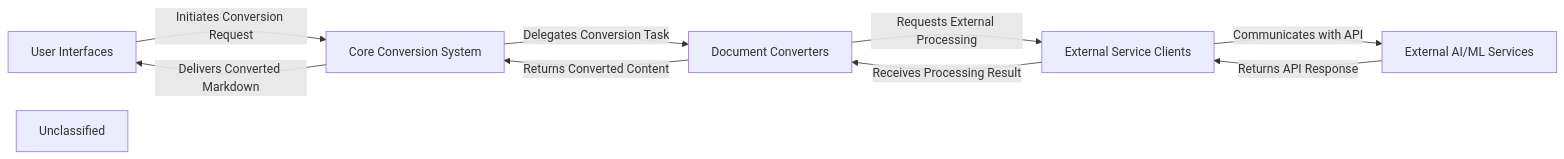
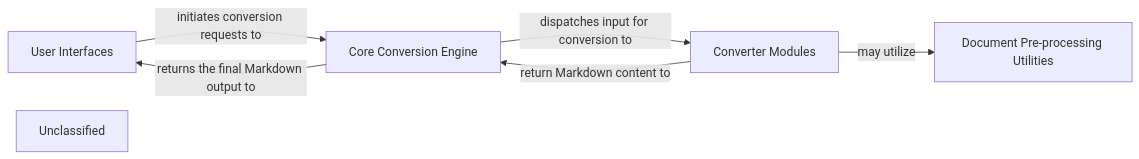
One commit to CodeBoarding/GeneratedOnBoardings changed the diagram in markitdown/on_boarding.md. Above: the diagram before and after it, drawn with Mermaid. The commit also changed other lines of this file and 4 other files, not shown here.

````diff
--- a/markitdown/on_boarding.md
+++ b/markitdown/on_boarding.md
@@ -1,17 +1,17 @@
 ```mermaid
 graph LR
     User_Interfaces["User Interfaces"]
-    Core_Conversion_System["Core Conversion System"]
-    Document_Converters["Document Converters"]
-    External_Service_Clients["External Service Clients"]
-    External_AI_ML_Services["External AI/ML Services"]
+    Core_Conversion_Engine["Core Conversion Engine"]
+    Converter_Modules["Converter Modules"]
+    Document_Pre_processing_Utilities["Document Pre-processing Utilities"]
     Unclassified["Unclassified"]
-    User_Interfaces -- "Initiates Conversion Request" --> Core_Conversion_System
-    Core_Conversion_System -- "Delegates Conversion Task" --> Document_Converters
-    Document_Converters -- "Requests External Processing" --> External_Service_Clients
-    External_Service_Clients -- "Communicates with API" --> External_AI_ML_Services
-    External_AI_ML_Services -- "Returns API Response" --> External_Service_Clients
-    External_Service_Clients -- "Receives Processing Result" --> Document_Converters
-    Document_Converters -- "Returns Converted Content" --> Core_Conversion_System
-    Core_Conversion_System -- "Delivers Converted Markdown" --> User_Interfaces
+    User_Interfaces -- "initiates conversion requests to" --> Core_Conversion_Engine
+    Core_Conversion_Engine -- "dispatches input for conversion to" --> Converter_Modules
+    Converter_Modules -- "may utilize" --> Document_Pre_processing_Utilities
+    Converter_Modules -- "return Markdown content to" --> Core_Conversion_Engine
+    Core_Conversion_Engine -- "returns the final Markdown output to" --> User_Interfaces
+    click User_Interfaces href "https://github.com/CodeBoarding/GeneratedOnBoardings/blob/main/markitdown/User_Interfaces.md" "Details"
+    click Core_Conversion_Engine href "https://github.com/CodeBoarding/GeneratedOnBoardings/blob/main/markitdown/Core_Conversion_Engine.md" "Details"
+    click Converter_Modules href "https://github.com/CodeBoarding/GeneratedOnBoardings/blob/main/markitdown/Converter_Modules.md" "Details"
+    click Document_Pre_processing_Utilities href "https://github.com/CodeBoarding/GeneratedOnBoardings/blob/main/markitdown/Document_Pre_processing_Utilities.md" "Details"
 ```
````
